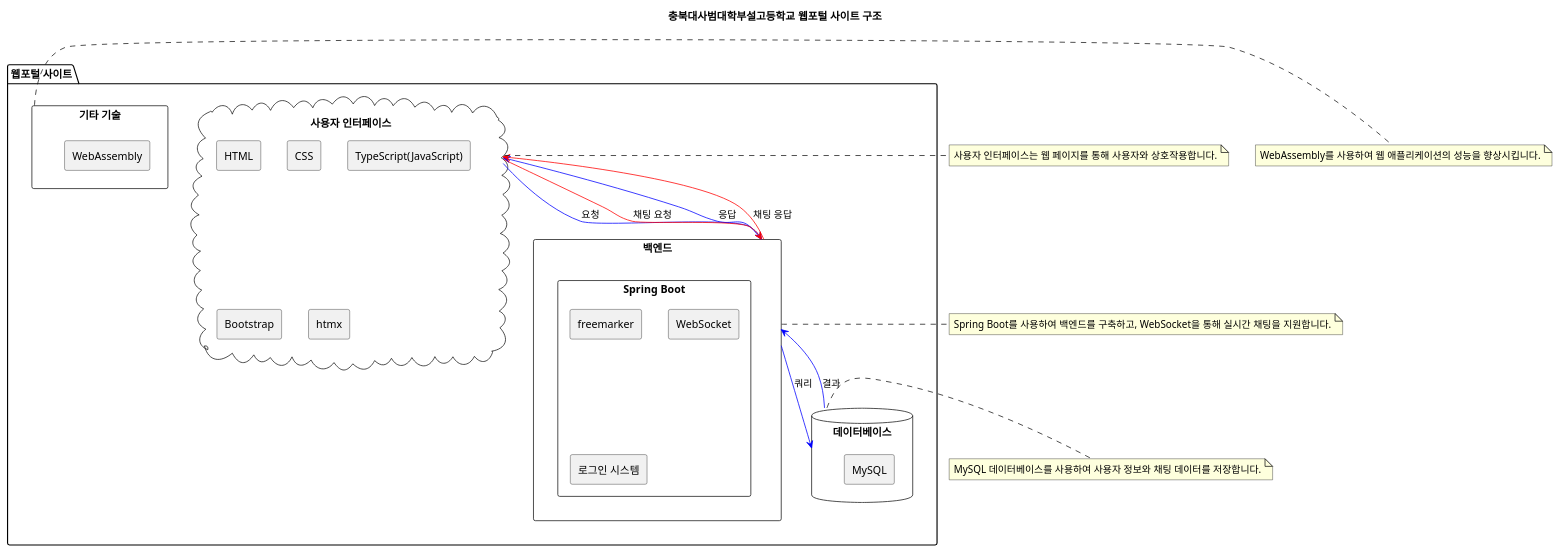
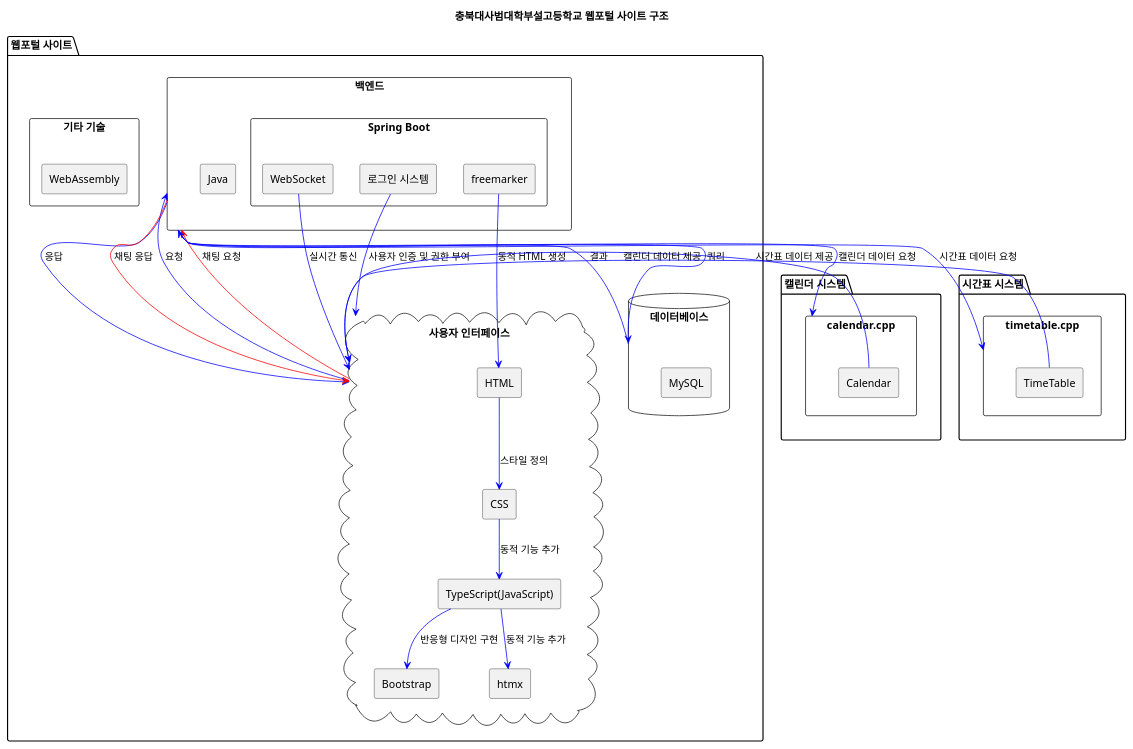
One commit to brillianintdoh/CNUH_Web_Portal changed the diagram in diagram/system.puml. Above: the diagram before and after it, drawn with PlantUML. The commit also changed 4 other files, not shown here.

```diff
--- a/diagram/system.puml
+++ b/diagram/system.puml
@@ -1,53 +1,68 @@
 @startuml System
 title 충북대사범대학부설고등학교 웹포털 사이트 구조
 
 package "웹포털 사이트" {
     cloud "사용자 인터페이스" as UI {
-        RECTANGLE "HTML"
-        RECTANGLE "CSS"
-        RECTANGLE "TypeScript(JavaScript)"
-        RECTANGLE "Bootstrap"
-        RECTANGLE "htmx"
+        RECTANGLE "HTML" as HTML
+        RECTANGLE "CSS" as CSS
+        RECTANGLE "TypeScript(JavaScript)" as TypeScript
+        RECTANGLE "Bootstrap" as Bootstrap
+        RECTANGLE "htmx" as htmx
+
+        HTML -[#0000FF]-> CSS : 스타일 정의
+        CSS -[#0000FF]-> TypeScript : 동적 기능 추가
+        TypeScript -[#0000FF]-> Bootstrap : 반응형 디자인 구현
+        TypeScript -[#0000FF]-> htmx : 동적 기능 추가
     }
 
     rectangle "백엔드" as Backend {
-        RECTANGLE "Spring Boot" {
-            RECTANGLE "freemarker"
-            RECTANGLE "WebSocket"
-            RECTANGLE "로그인 시스템"
+        RECTANGLE "Spring Boot" as SpringBoot {
+            RECTANGLE "freemarker" as Freemarker
+            RECTANGLE "WebSocket" as WebSocket
+            RECTANGLE "로그인 시스템" as LoginSystem
+
+            Freemarker -[#0000FF]-> HTML : 동적 HTML 생성
+            WebSocket -[#0000FF]-> UI : 실시간 통신
+            LoginSystem -[#0000FF]-> UI : 사용자 인증 및 권한 부여
         }
+
+        RECTANGLE "Java" as Java
     }
 
     database "데이터베이스" as Database {
-        RECTANGLE "MySQL"
+        RECTANGLE "MySQL" as MySQL
     }
 
     rectangle "기타 기술" as OtherTech {
-        RECTANGLE "WebAssembly"
+        RECTANGLE "WebAssembly" as WebAssembly
     }
 }
 
 UI -[#0000FF]-> Backend : 요청
 Backend -[#0000FF]-> Database : 쿼리
 Database -[#0000FF]-> Backend : 결과
 Backend -[#0000FF]-> UI : 응답
 
 UI -[#FF0000]-> Backend : 채팅 요청
 Backend -[#FF0000]-> UI : 채팅 응답
 
-note right of UI
-   사용자 인터페이스는 웹 페이지를 통해 사용자와 상호작용합니다.
-end note
+package "캘린더 시스템" {
+    rectangle "calendar.cpp" as CalendarCpp {
+        RECTANGLE "Calendar" as CalendarClass
+    }
 
-note right of Backend
-   Spring Boot를 사용하여 백엔드를 구축하고, WebSocket을 통해 실시간 채팅을 지원합니다.
-end note
+    CalendarClass -[#0000FF]-> UI : 캘린더 데이터 제공
+}
 
-note right of Database
-   MySQL 데이터베이스를 사용하여 사용자 정보와 채팅 데이터를 저장합니다.
-end note
+package "시간표 시스템" {
+    rectangle "timetable.cpp" as TimetableCpp {
+        RECTANGLE "TimeTable" as TimeTableClass
+    }
 
-note right of OtherTech
-   WebAssembly를 사용하여 웹 애플리케이션의 성능을 향상시킵니다.
-end note
+    TimeTableClass -[#0000FF]-> UI : 시간표 데이터 제공
+}
+
+Backend -[#0000FF]-> CalendarCpp : 캘린더 데이터 요청
+Backend -[#0000FF]-> TimetableCpp : 시간표 데이터 요청
+
 @enduml
```
